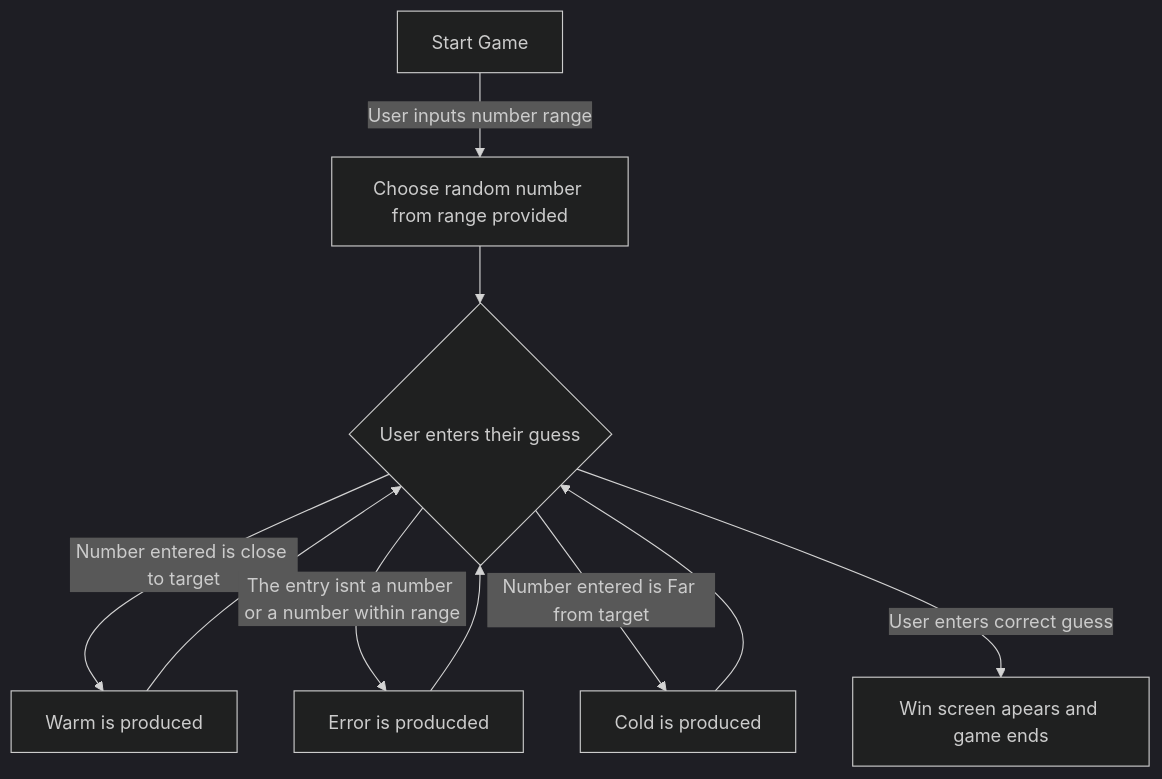
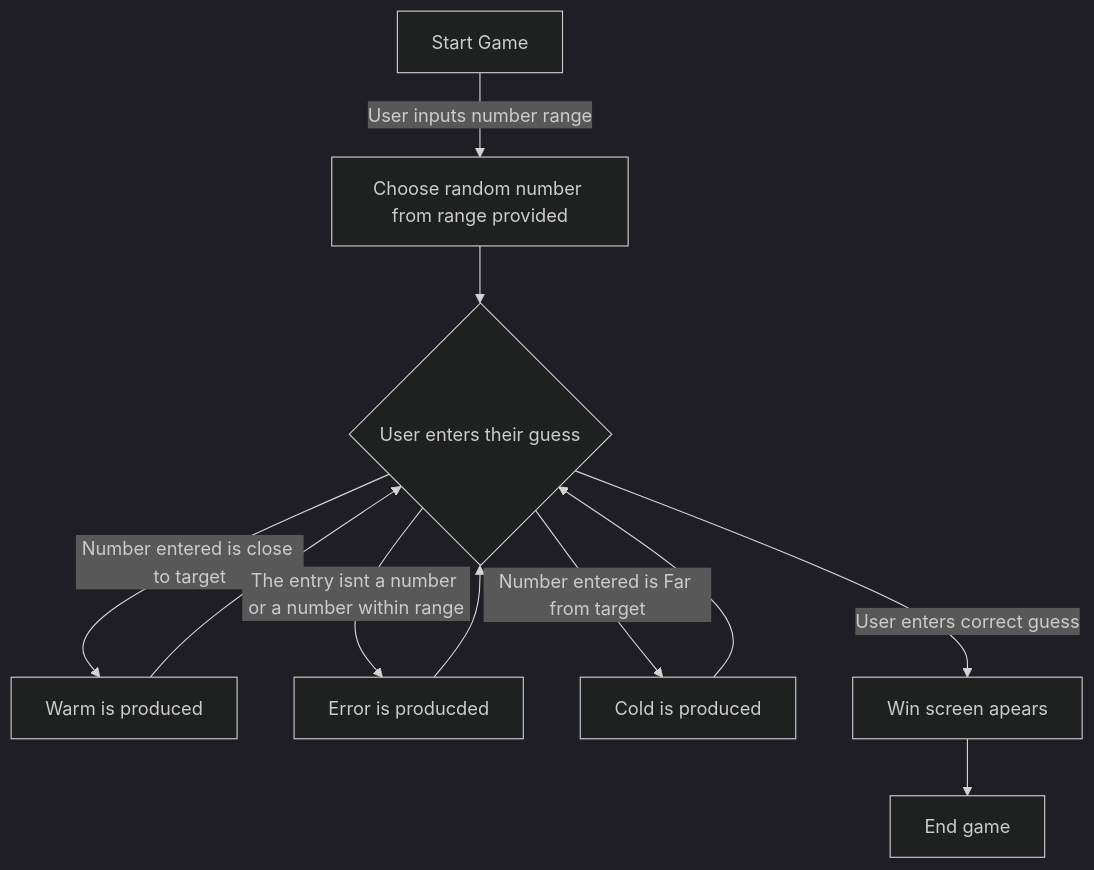
Before and after one commit to Klin2939/Klin2939.github.io: the diagram in README.md, drawn with Mermaid (dark theme). The commit also changed other lines of this file, not shown here.

````diff
--- a/README.md
+++ b/README.md
@@ -18,9 +18,10 @@
 ```mermaid
 flowchart TD
     A[Start Game] --> |User inputs number range| B[Choose random number from range provided]
     B --> C{User enters their guess}
     C -->|Number entered is close to target| D[Warm is produced]--> C
     C -->|The entry isnt a number or a number within range| E[Error is producded]--> C
     C -->|Number entered is Far from target| F[ Cold is produced] --> C 
-    C --> |User enters correct guess| G[Win screen apears and game ends]
+    C --> |User enters correct guess| G[Win screen apears] --> H
+    H[End game]
 ```
````
